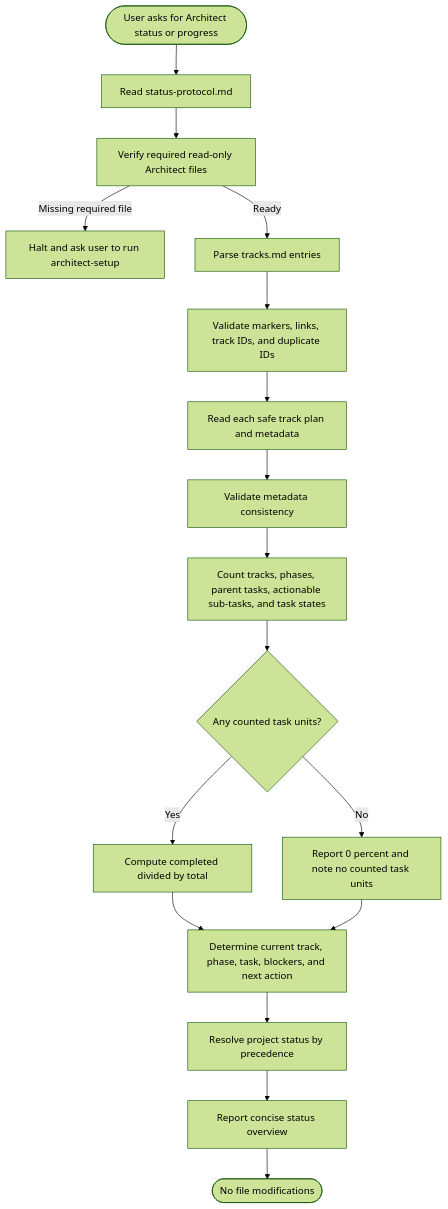
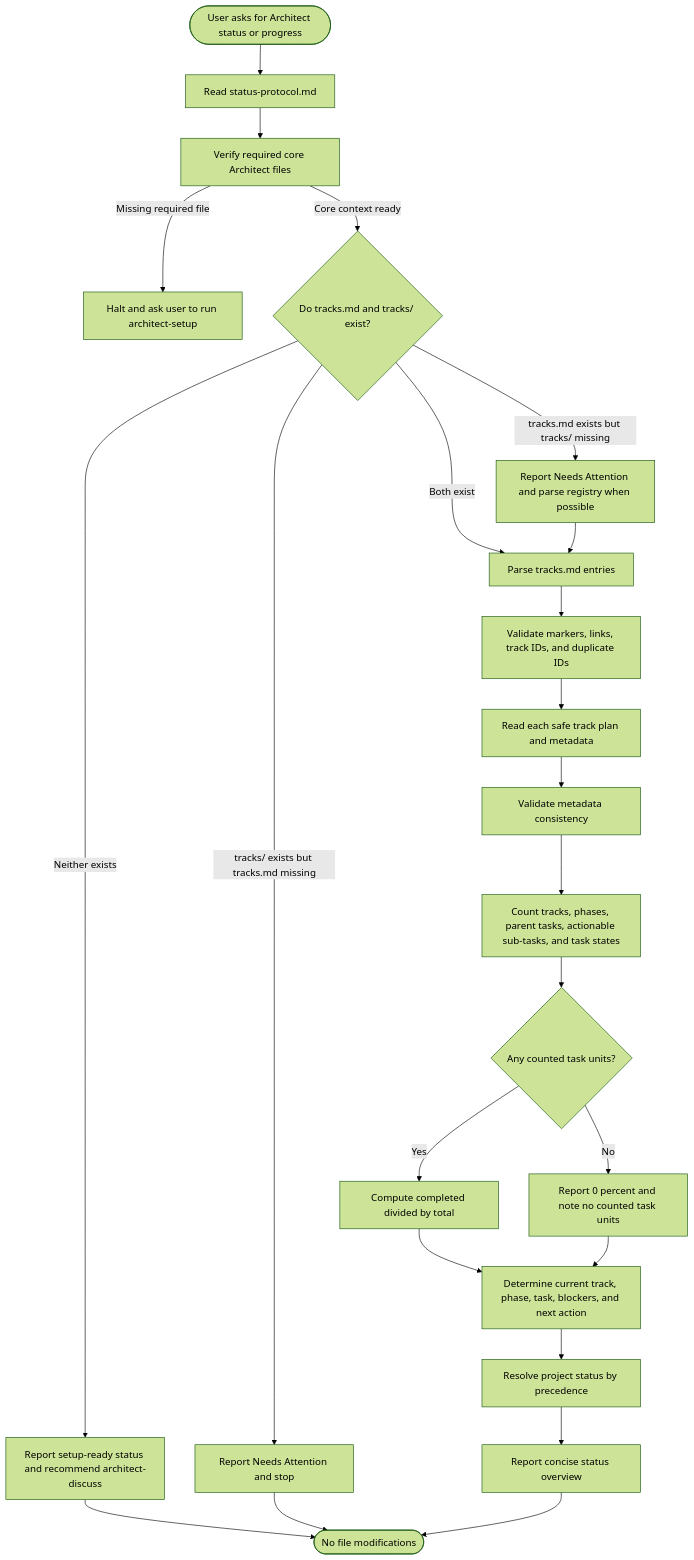
One commit to hlhr202/swe-skills changed the diagram in misc/architect/flow-charts/architect-status-flow.md. Above: the diagram before and after it, drawn with Mermaid (forest theme). The commit also changed 9 other files, not shown here.

Commit message:
:memo: docs: route architect setup to discuss

````diff
--- a/misc/architect/flow-charts/architect-status-flow.md
+++ b/misc/architect/flow-charts/architect-status-flow.md
@@ -3,22 +3,29 @@
 ```mermaid
 flowchart TD
     Start([User asks for Architect status or progress]) --> Load[Read status-protocol.md]
-    Load --> SetupCheck[Verify required read-only Architect files]
+    Load --> SetupCheck[Verify required core Architect files]
     SetupCheck -->|Missing required file| NotSetup[Halt and ask user to run architect-setup]
-    SetupCheck -->|Ready| ParseRegistry[Parse tracks.md entries]
+    SetupCheck -->|Core context ready| TrackArtifacts{Do tracks.md and tracks/ exist?}
+    TrackArtifacts -->|Neither exists| NoTracks[Report setup-ready status and recommend architect-discuss]
+    TrackArtifacts -->|tracks/ exists but tracks.md missing| PartialNoRegistry[Report Needs Attention and stop]
+    TrackArtifacts -->|tracks.md exists but tracks/ missing| PartialNoDirectory[Report Needs Attention and parse registry when possible]
+    TrackArtifacts -->|Both exist| ParseRegistry[Parse tracks.md entries]
+    NoTracks --> End
+    PartialNoRegistry --> End
+    PartialNoDirectory --> ParseRegistry
     ParseRegistry --> ValidateRegistry[Validate markers, links, track IDs, and duplicate IDs]
     ValidateRegistry --> ReadTracks[Read each safe track plan and metadata]
     ReadTracks --> ValidateMetadata[Validate metadata consistency]
     ValidateMetadata --> Count[Count tracks, phases, parent tasks, actionable sub-tasks, and task states]
     Count --> Percent{Any counted task units?}
     Percent -->|Yes| ComputePercent[Compute completed divided by total]
     Percent -->|No| ZeroPercent[Report 0 percent and note no counted task units]
     ComputePercent --> Current[Determine current track, phase, task, blockers, and next action]
     ZeroPercent --> Current
     Current --> ProjectStatus[Resolve project status by precedence]
     ProjectStatus --> Report[Report concise status overview]
     Report --> End([No file modifications])
 
     %% This read-only status skill has no human-in-the-loop decision prompt.
     classDef human fill:#fff3cd,stroke:#f0ad4e,stroke-width:2px,color:#111;
 ```
````
